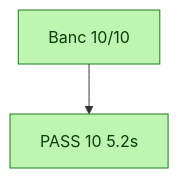
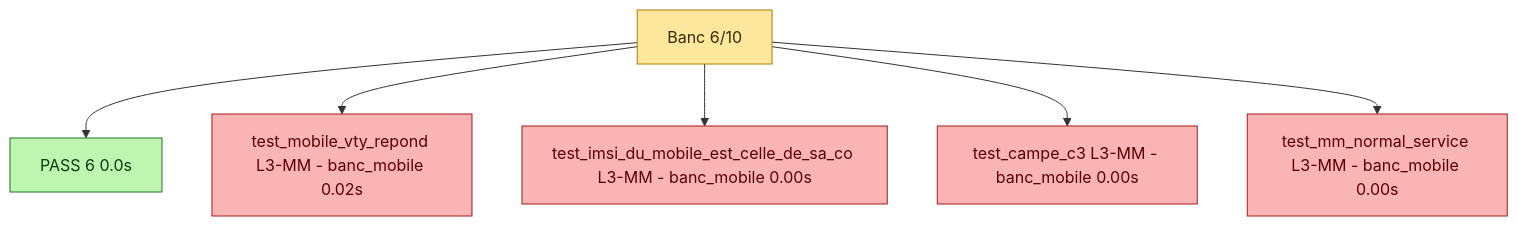
The third of 3 diagrams in pytest/mobile/rapport.qmd (bbaranoff/tests), drawn with Mermaid before and after one commit. The commit also changed other lines of this file and 129 other files, not shown here.

````diff
--- a/pytest/mobile/rapport.qmd
+++ b/pytest/mobile/rapport.qmd
@@ -201,12 +203,20 @@
 ```{mermaid}
 flowchart TB
   classDef pass    fill:#bef5b1,stroke:#1f7a1f,color:#0a3d0a;
   classDef partial fill:#fde79c,stroke:#b07a00,color:#3a2c00;
   classDef fail    fill:#fbb4b4,stroke:#a31a1a,color:#5a0000;
   classDef skip    fill:#e0e0e0,stroke:#6a6a6a,color:#333;
   classDef xfail   fill:#fde79c,stroke:#b07a00,color:#3a2c00;
-  C_Banc["Banc 10/10"]
-  C_Banc --> T_001_pass_grp_Banc["PASS 10 5.2s"]
-  class C_Banc pass;
+  C_Banc["Banc 6/10"]
+  C_Banc --> T_001_pass_grp_Banc["PASS 6 0.0s"]
+  C_Banc --> T_002_test_mobile_vty_repond["test_mobile_vty_repond L3-MM - banc_mobile 0.02s"]
+  C_Banc --> T_003_test_imsi_du_mobile_est_celle_de_sa_conf["test_imsi_du_mobile_est_celle_de_sa_co L3-MM - banc_mobile 0.00s"]
+  C_Banc --> T_004_test_campe_c3["test_campe_c3 L3-MM - banc_mobile 0.00s"]
+  C_Banc --> T_005_test_mm_normal_service["test_mm_normal_service L3-MM - banc_mobile 0.00s"]
+  class C_Banc partial;
   class T_001_pass_grp_Banc pass;
+  class T_002_test_mobile_vty_repond fail;
+  class T_003_test_imsi_du_mobile_est_celle_de_sa_conf fail;
+  class T_004_test_campe_c3 fail;
+  class T_005_test_mm_normal_service fail;
 ```
````
